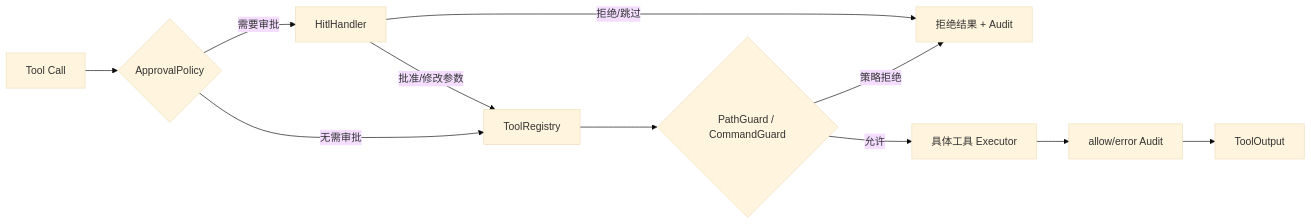
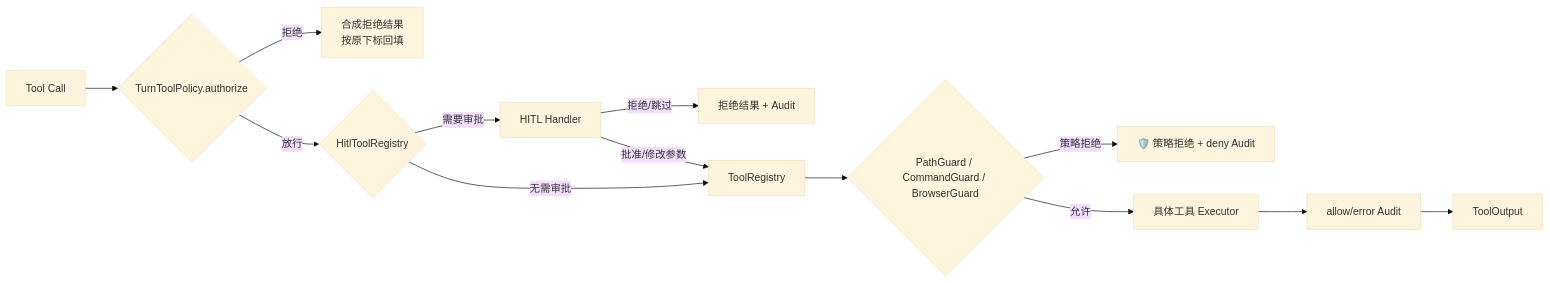
One commit to zgjdev/Code-Agent changed the third of 3 diagrams in docs/dev/01-react-agent.md. Above: the diagram before and after it, drawn with Mermaid (base theme). The commit also changed other lines of this file and 5 other files, not shown here.

````diff
--- a/docs/dev/01-react-agent.md
+++ b/docs/dev/01-react-agent.md
@@ -336,13 +371,15 @@
 ```mermaid
 flowchart LR
-    TC[Tool Call] --> AP{ApprovalPolicy}
-    AP -->|需要审批| HITL[HitlHandler]
-    AP -->|无需审批| REG[ToolRegistry]
-    HITL -->|拒绝/跳过| DENY[拒绝结果 + Audit]
-    HITL -->|批准/修改参数| REG
-    REG --> PG{PathGuard / CommandGuard}
-    PG -->|策略拒绝| DENY
+    TC[Tool Call] --> TTP{TurnToolPolicy.authorize}
+    TTP -->|拒绝| SYN[合成拒绝结果<br/>按原下标回填]
+    TTP -->|放行| HR{HitlToolRegistry}
+    HR -->|需要审批| AP[HITL Handler]
+    AP -->|拒绝/跳过| DENY[拒绝结果 + Audit]
+    AP -->|批准/修改参数| REG[ToolRegistry]
+    HR -->|无需审批| REG
+    REG --> PG{PathGuard / CommandGuard / BrowserGuard}
+    PG -->|策略拒绝| DENY2[🛡️ 策略拒绝 + deny Audit]
     PG -->|允许| EX[具体工具 Executor]
     EX --> AUDIT[allow/error Audit]
     AUDIT --> RESULT[ToolOutput]
 ```
````
